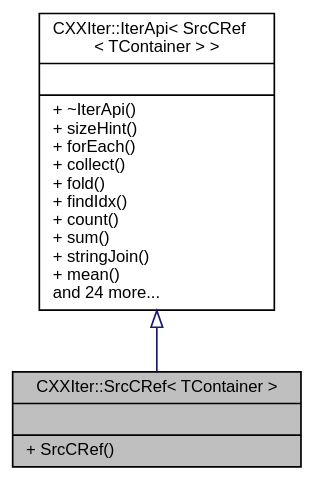
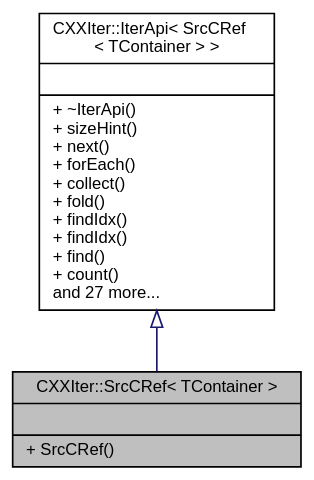
Before and after one commit to seijikun/CXXIter: the diagram in classCXXIter_1_1SrcCRef__inherit__graph.dot, drawn with Graphviz. The commit also changed 24 other files, not shown here.

```diff
--- a/classCXXIter_1_1SrcCRef__inherit__graph.dot
+++ b/classCXXIter_1_1SrcCRef__inherit__graph.dot
@@ -1,11 +1,11 @@
 digraph "CXXIter::SrcCRef&lt; TContainer &gt;"
 {
  // INTERACTIVE_SVG=YES
  // LATEX_PDF_SIZE
   bgcolor="transparent";
   edge [fontname="Helvetica",fontsize="10",labelfontname="Helvetica",labelfontsize="10"];
   node [fontname="Helvetica",fontsize="10",shape=record];
   Node1 [label="{CXXIter::SrcCRef\< TContainer \>\n||+ SrcCRef()\l}",height=0.2,width=0.4,color="black", fillcolor="grey75", style="filled", fontcolor="black",tooltip="CXXIter iterator source that immutably borrows the input item source, and passes immutable references..."];
   Node2 -> Node1 [dir="back",color="midnightblue",fontsize="10",style="solid",arrowtail="onormal",fontname="Helvetica"];
-  Node2 [label="{CXXIter::IterApi\< SrcCRef\l\< TContainer \> \>\n||+ ~IterApi()\l+ sizeHint()\l+ forEach()\l+ collect()\l+ fold()\l+ findIdx()\l+ count()\l+ sum()\l+ stringJoin()\l+ mean()\land 24 more...\l}",height=0.2,width=0.4,color="black",URL="$classCXXIter_1_1IterApi.html",tooltip=" "];
+  Node2 [label="{CXXIter::IterApi\< SrcCRef\l\< TContainer \> \>\n||+ ~IterApi()\l+ sizeHint()\l+ next()\l+ forEach()\l+ collect()\l+ fold()\l+ findIdx()\l+ findIdx()\l+ find()\l+ count()\land 27 more...\l}",height=0.2,width=0.4,color="black",URL="$classCXXIter_1_1IterApi.html",tooltip=" "];
 }
```
